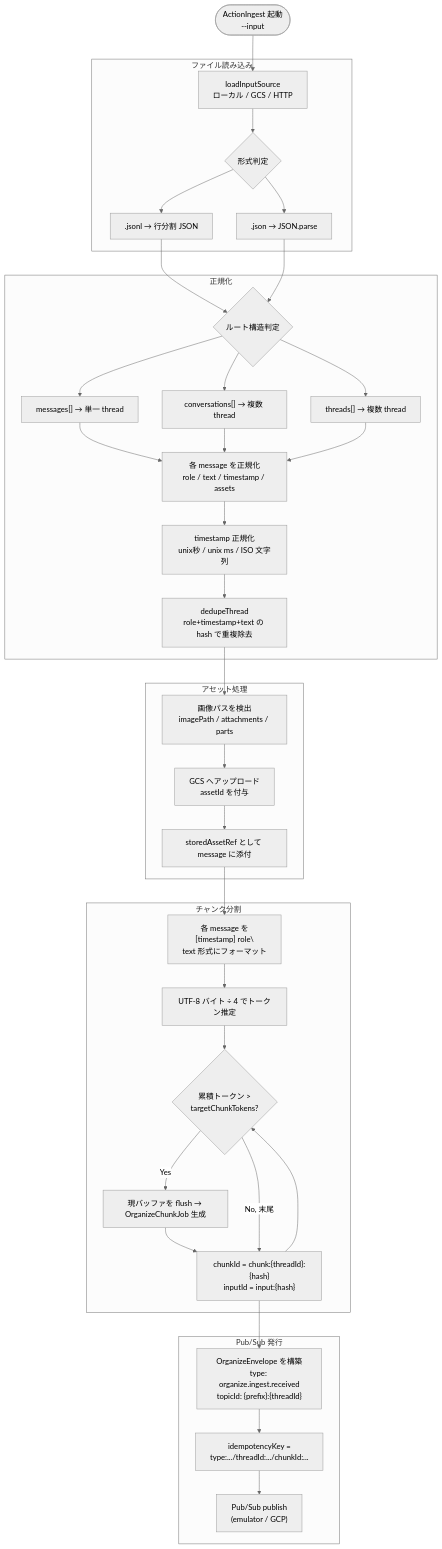
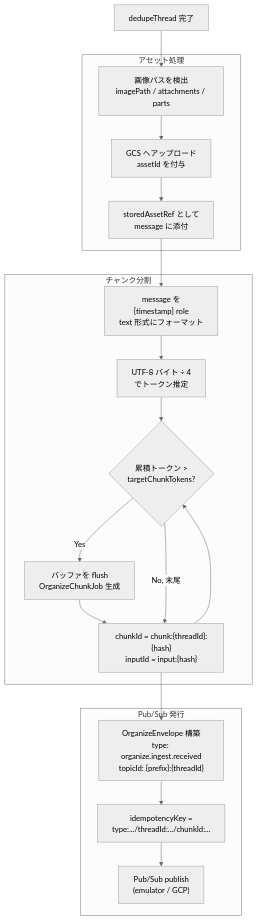
One commit to Keyhole-Koro/ActionOrganize changed the fifth of 13 diagrams in docs/ingest-organize-flow.md. Above: the diagram before and after it, drawn with Mermaid (neutral theme). The commit also changed other lines of this file and 7 other files, not shown here.

````diff
--- a/docs/ingest-organize-flow.md
+++ b/docs/ingest-organize-flow.md
@@ -101,52 +132,30 @@
 ```mermaid
 flowchart TD
-    START(["ActionIngest 起動\n--input <file>"])
-
-    subgraph load["ファイル読み込み"]
-        L1["loadInputSource\nローカル / GCS / HTTP"]
-        L2{"形式判定"}
-        L3[".jsonl → 行分割 JSON"]
-        L4[".json → JSON.parse"]
-    end
-
-    subgraph normalize["正規化"]
-        N1{"ルート構造判定"}
-        N2["messages[] → 単一 thread"]
-        N3["conversations[] → 複数 thread"]
-        N4["threads[] → 複数 thread"]
-        N5["各 message を正規化\nrole / text / timestamp / assets"]
-        N6["timestamp 正規化\nunix秒 / unix ms / ISO 文字列"]
-        N7["dedupeThread\nrole+timestamp+text の hash で重複除去"]
-    end
+    N7["dedupeThread 完了"]
 
     subgraph assets["アセット処理"]
-        A1["画像パスを検出\nimagePath / attachments / parts"]
-        A2["GCS へアップロード\nassetId を付与"]
-        A3["storedAssetRef として message に添付"]
+        A1["画像パスを検出<br>imagePath / attachments / parts"]
+        A2["GCS へアップロード<br>assetId を付与"]
+        A3["storedAssetRef として<br>message に添付"]
     end
 
     subgraph chunk["チャンク分割"]
-        C1["各 message を\n[timestamp] role\\ntext 形式にフォーマット"]
-        C2["UTF-8 バイト ÷ 4 でトークン推定"]
-        C3{"累積トークン >\ntargetChunkTokens?"}
-        C4["現バッファを flush → OrganizeChunkJob 生成"]
-        C5["chunkId = chunk:{threadId}:{hash}\ninputId = input:{hash}"]
+        C1["message を<br>[timestamp] role\ntext 形式にフォーマット"]
+        C2["UTF-8 バイト ÷ 4<br>でトークン推定"]
+        C3{"累積トークン ><br>targetChunkTokens?"}
+        C4["バッファを flush<br>OrganizeChunkJob 生成"]
+        C5["chunkId = chunk:{threadId}:{hash}<br>inputId = input:{hash}"]
     end
 
     subgraph publish["Pub/Sub 発行"]
-        P1["OrganizeEnvelope を構築\ntype: organize.ingest.received\ntopicId: {prefix}:{threadId}"]
-        P2["idempotencyKey =\ntype:.../threadId:.../chunkId:..."]
-        P3["Pub/Sub publish\n(emulator / GCP)"]
+        P1["OrganizeEnvelope 構築<br>type: organize.ingest.received<br>topicId: {prefix}:{threadId}"]
+        P2["idempotencyKey =<br>type:.../threadId:.../chunkId:..."]
+        P3["Pub/Sub publish<br>(emulator / GCP)"]
     end
 
-    START --> L1 --> L2
-    L2 --> L3 & L4
-    L3 & L4 --> N1
-    N1 --> N2 & N3 & N4
-    N2 & N3 & N4 --> N5 --> N6 --> N7
     N7 --> A1 --> A2 --> A3
     A3 --> C1 --> C2 --> C3
     C3 -->|Yes| C4 --> C5 --> C3
     C3 -->|No, 末尾| C5
     C5 --> P1 --> P2 --> P3
 ```
````
